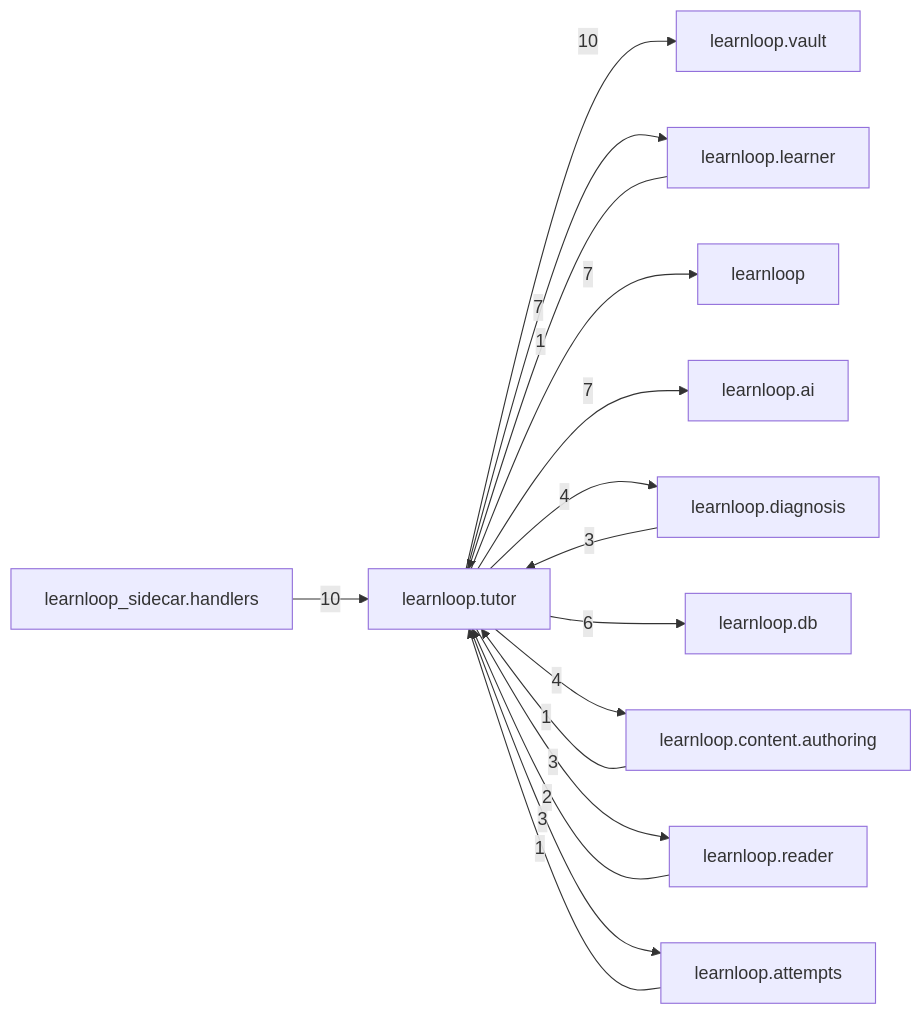
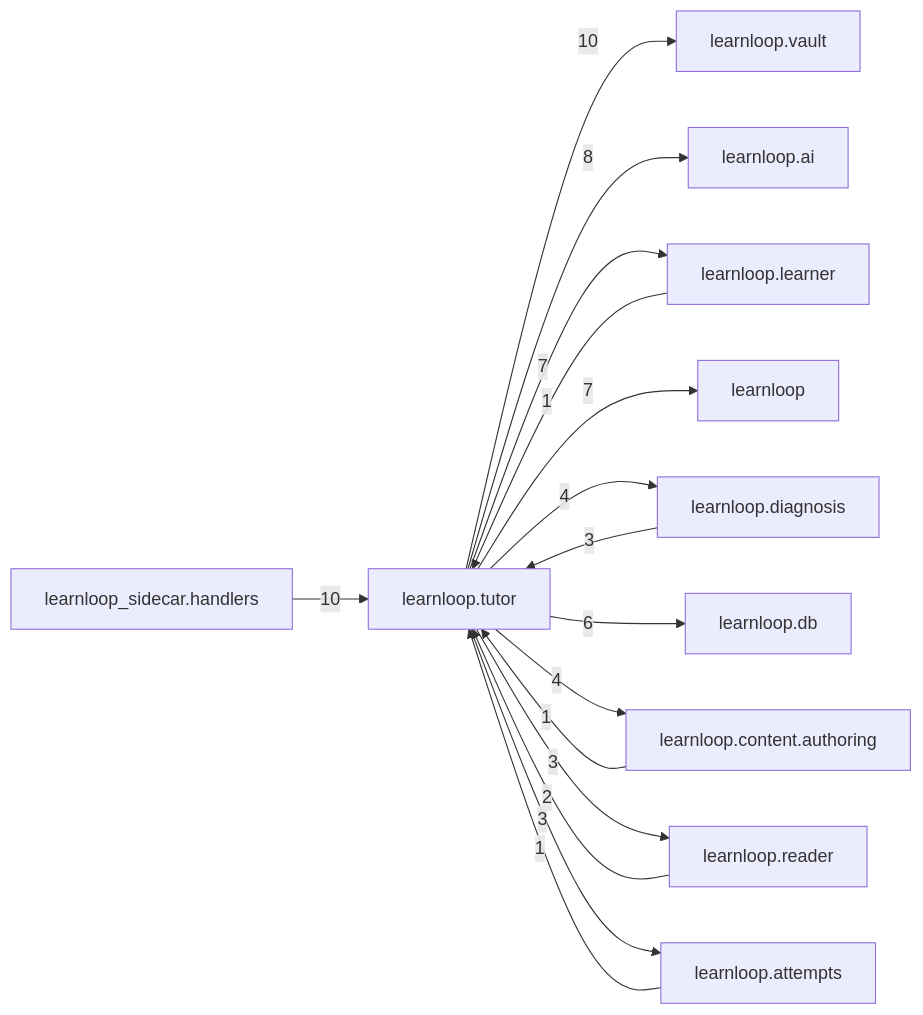
The diagram in docs/learnloop-architecture-vault/Reference/Modules/learnloop/tutor/_package.md (6up-b/learnanything), drawn with Mermaid before and after one commit. The commit also changed other lines of this file and 23 other files, not shown here.

````diff
--- a/docs/learnloop-architecture-vault/Reference/Modules/learnloop/tutor/_package.md
+++ b/docs/learnloop-architecture-vault/Reference/Modules/learnloop/tutor/_package.md
@@ -97,29 +97,29 @@
 ```mermaid
 flowchart LR
     center["learnloop.tutor"]
     n_learnloop_vault["learnloop.vault"]
     n_learnloop_sidecar_handlers["learnloop_sidecar.handlers"]
+    n_learnloop_ai["learnloop.ai"]
     n_learnloop_learner["learnloop.learner"]
     n_learnloop["learnloop"]
-    n_learnloop_ai["learnloop.ai"]
     n_learnloop_diagnosis["learnloop.diagnosis"]
     n_learnloop_db["learnloop.db"]
     n_learnloop_content_authoring["learnloop.content.authoring"]
     n_learnloop_reader["learnloop.reader"]
     n_learnloop_attempts["learnloop.attempts"]
     center -->|10| n_learnloop_vault
     n_learnloop_sidecar_handlers -->|10| center
+    center -->|8| n_learnloop_ai
     n_learnloop_learner -->|1| center
     center -->|7| n_learnloop_learner
     center -->|7| n_learnloop
-    center -->|7| n_learnloop_ai
     n_learnloop_diagnosis -->|3| center
     center -->|4| n_learnloop_diagnosis
     center -->|6| n_learnloop_db
     n_learnloop_content_authoring -->|1| center
     center -->|4| n_learnloop_content_authoring
     n_learnloop_reader -->|2| center
     center -->|3| n_learnloop_reader
     n_learnloop_attempts -->|1| center
     center -->|3| n_learnloop_attempts
 ```
````
